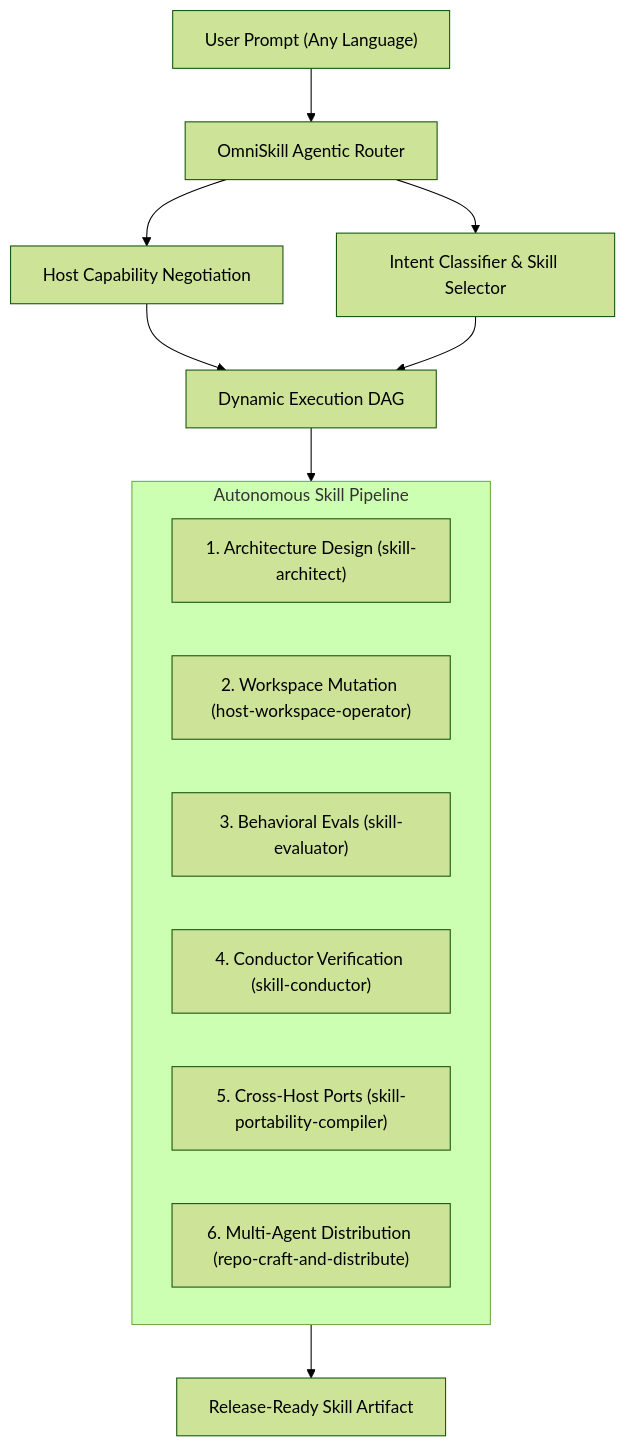
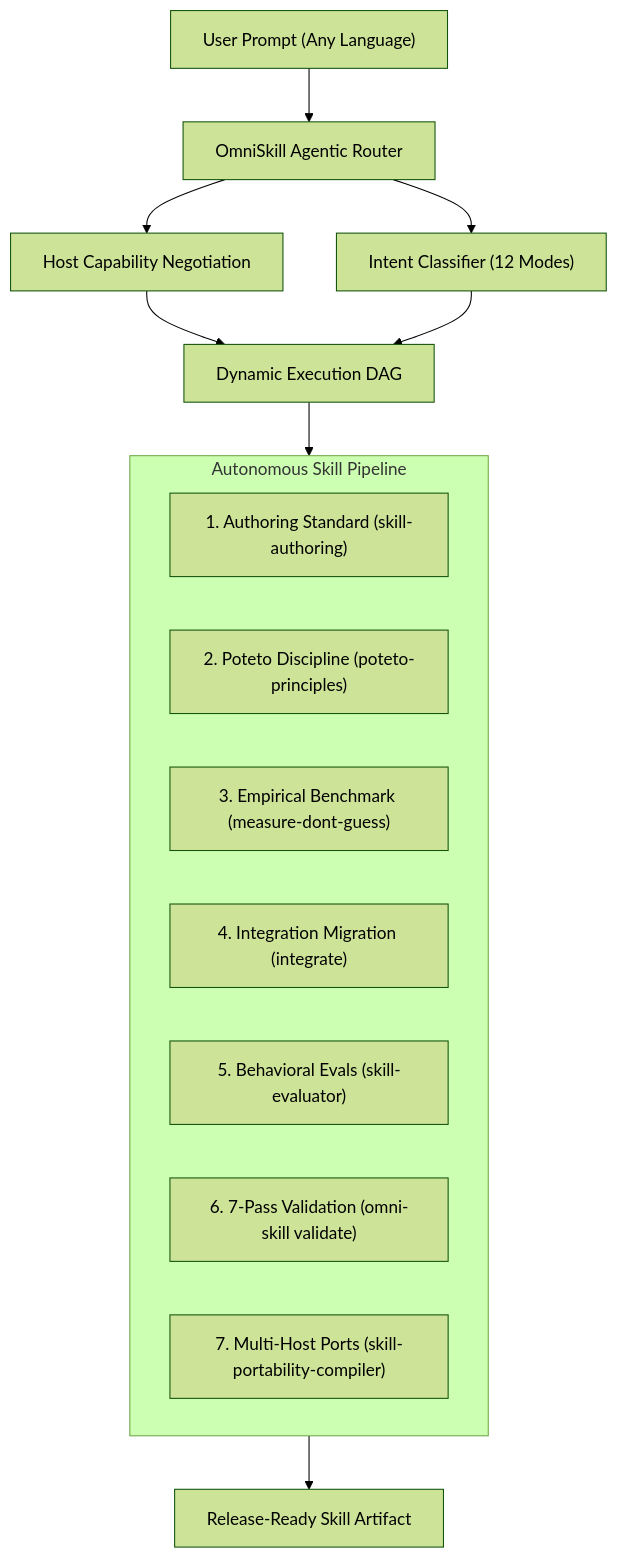
Before and after one commit to imMamdouhaboammar/omni-skill: the diagram in README.md, drawn with Mermaid (forest theme). The commit also changed other lines of this file and 71 other files, not shown here.

Commit message:
feat: upgrade to OmniSkill 6.0 with Poteto Mode, AgentSkills tripartite standard, and 7-pass validator

````diff
--- a/README.md
+++ b/README.md
@@ -126,20 +143,21 @@
 ```mermaid
 flowchart TD
     A["User Prompt (Any Language)"] --> B["OmniSkill Agentic Router"]
     B --> C["Host Capability Negotiation"]
-    B --> D["Intent Classifier & Skill Selector"]
+    B --> D["Intent Classifier (12 Modes)"]
     C --> E["Dynamic Execution DAG"]
     D --> E
     
     subgraph ExecutionPipeline ["Autonomous Skill Pipeline"]
-        F["1. Architecture Design (skill-architect)"]
-        G["2. Workspace Mutation (host-workspace-operator)"]
-        H["3. Behavioral Evals (skill-evaluator)"]
-        I["4. Conductor Verification (skill-conductor)"]
-        J["5. Cross-Host Ports (skill-portability-compiler)"]
-        K["6. Multi-Agent Distribution (repo-craft-and-distribute)"]
+        F["1. Authoring Standard (skill-authoring)"]
+        G["2. Poteto Discipline (poteto-principles)"]
+        H["3. Empirical Benchmark (measure-dont-guess)"]
+        I["4. Integration Migration (integrate)"]
+        J["5. Behavioral Evals (skill-evaluator)"]
+        K["6. 7-Pass Validation (omni-skill validate)"]
+        L["7. Multi-Host Ports (skill-portability-compiler)"]
     end
     
     E --> ExecutionPipeline
-    ExecutionPipeline --> L["Release-Ready Skill Artifact"]
+    ExecutionPipeline --> M["Release-Ready Skill Artifact"]
 ```
````
